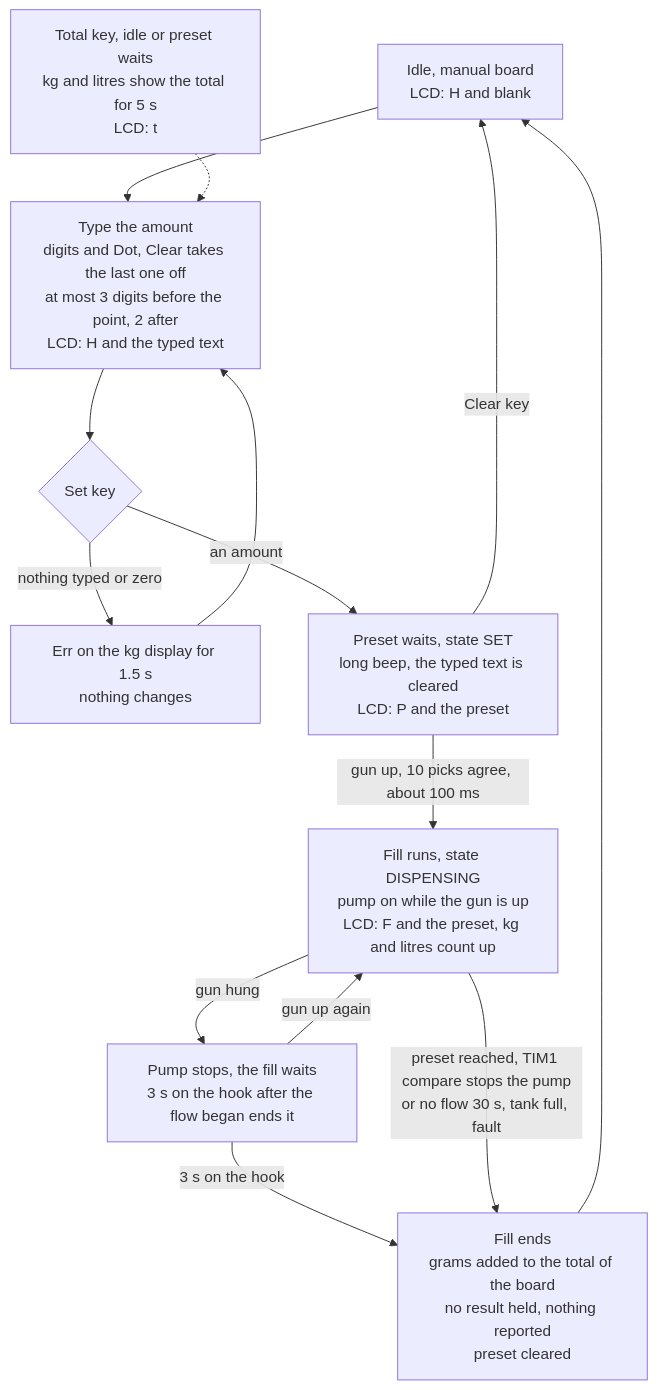
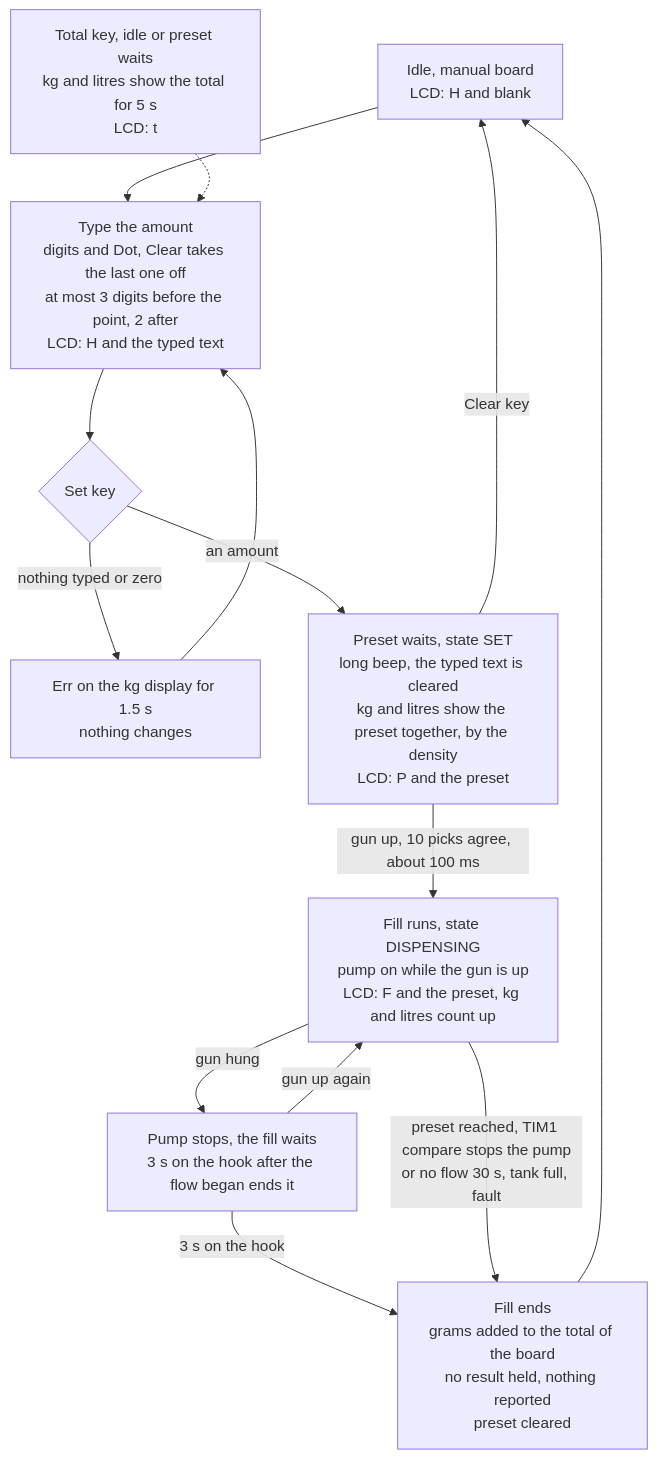
Before and after one commit to atosdev7/GasStaion: the tenth of 10 diagrams in firmware/WORKFLOW.md, drawn with Mermaid. The commit also changed 4 other files, not shown here.

Commit message:
Firmware: kg and litres are shown together (by the density) when the preset is set

````diff
--- a/firmware/WORKFLOW.md
+++ b/firmware/WORKFLOW.md
@@ -275,16 +275,16 @@
 ```mermaid
 flowchart TD
     A["Idle, manual board<br/>LCD: H and blank"] --> B["Type the amount<br/>digits and Dot, Clear takes the last one off<br/>at most 3 digits before the point, 2 after<br/>LCD: H and the typed text"]
     B --> C{"Set key"}
     C -- "nothing typed or zero" --> X["Err on the kg display for 1.5 s<br/>nothing changes"]
     X --> B
-    C -- "an amount" --> D["Preset waits, state SET<br/>long beep, the typed text is cleared<br/>LCD: P and the preset"]
+    C -- "an amount" --> D["Preset waits, state SET<br/>long beep, the typed text is cleared<br/>kg and litres show the preset together, by the density<br/>LCD: P and the preset"]
     D -- "Clear key" --> A
     D -- "gun up, 10 picks agree, about 100 ms" --> E["Fill runs, state DISPENSING<br/>pump on while the gun is up<br/>LCD: F and the preset, kg and litres count up"]
     E -- "gun hung" --> P["Pump stops, the fill waits<br/>3 s on the hook after the flow began ends it"]
     P -- "gun up again" --> E
     P -- "3 s on the hook" --> F
     E -- "preset reached, TIM1 compare stops the pump<br/>or no flow 30 s, tank full, fault" --> F["Fill ends<br/>grams added to the total of the board<br/>no result held, nothing reported<br/>preset cleared"]
     F --> A
     T["Total key, idle or preset waits<br/>kg and litres show the total for 5 s<br/>LCD: t"] -.-> B
 ```
````
